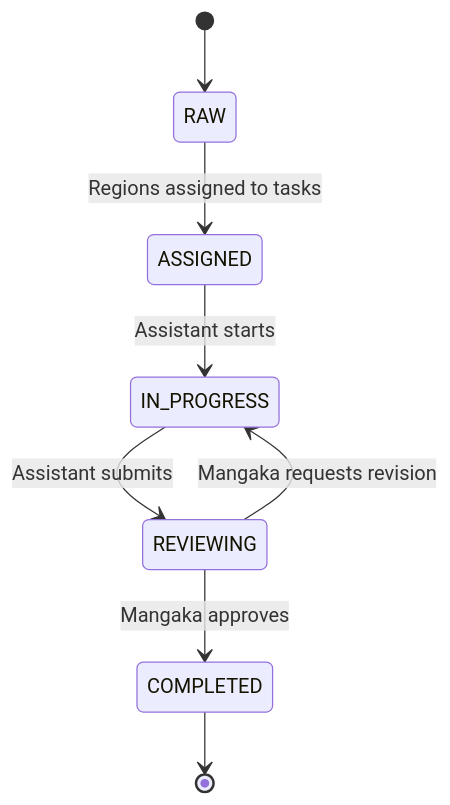
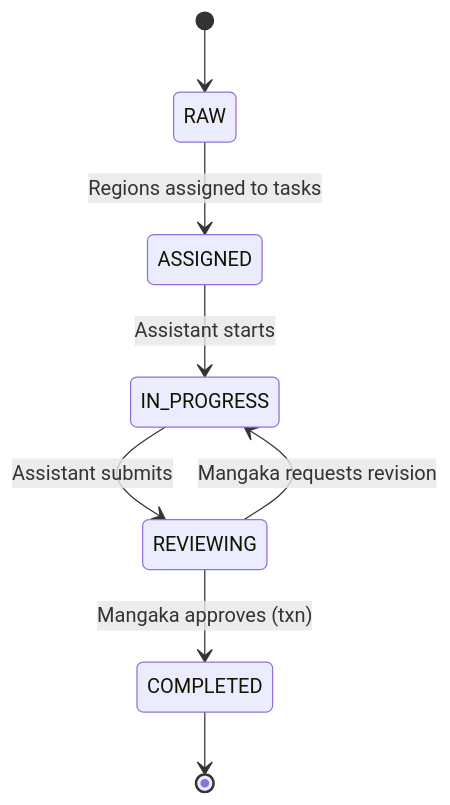
Before and after one commit to zun3007/Manga-Creation-Workflow-and-Publishing-Management-System: the fourth of 8 diagrams in documents/02-architecture/03-domain-model-and-state-machines.md, drawn with Mermaid. The commit also changed other lines of this file and 20 other files, not shown here.

First line of the commit message:
docs: sync all documentation to current code + fix 11 diagram render bugs

````diff
--- a/documents/02-architecture/03-domain-model-and-state-machines.md
+++ b/documents/02-architecture/03-domain-model-and-state-machines.md
@@ -191,10 +191,10 @@
 ```mermaid
 stateDiagram-v2
     [*] --> RAW
     RAW --> ASSIGNED: Regions assigned to tasks
     ASSIGNED --> IN_PROGRESS: Assistant starts
     IN_PROGRESS --> REVIEWING: Assistant submits
-    REVIEWING --> COMPLETED: Mangaka approves
+    REVIEWING --> COMPLETED: Mangaka approves (txn)
     REVIEWING --> IN_PROGRESS: Mangaka requests revision
     COMPLETED --> [*]
 ```
````
